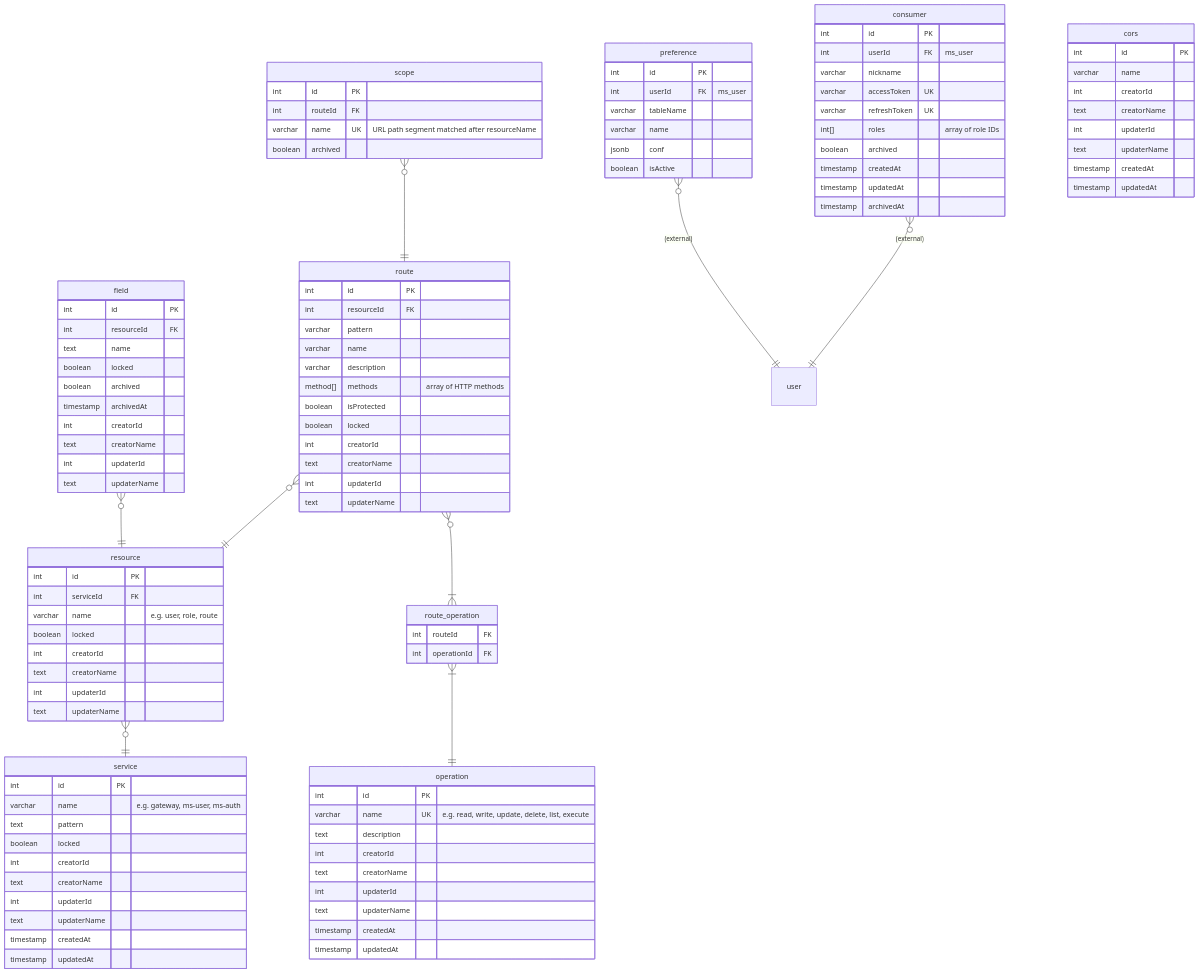
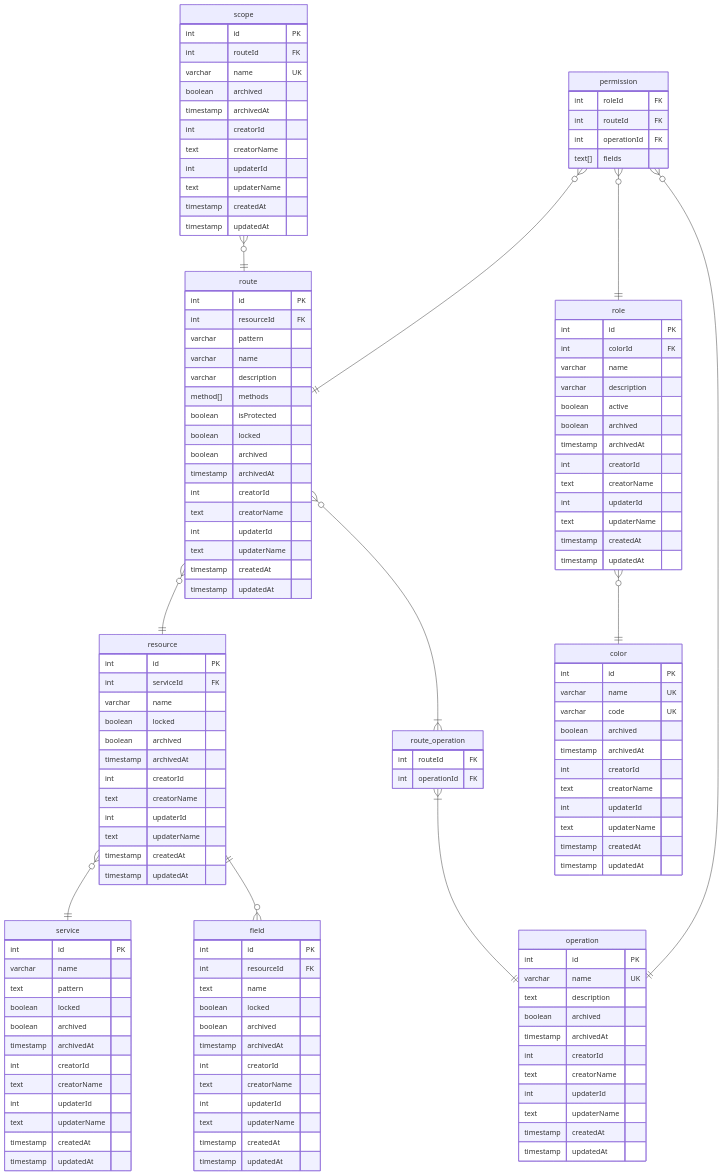
Before and after one commit to ALTEN-group/Gatelin: the first of 2 diagrams in doc/erd.md, drawn with Mermaid. The commit also changed other lines of this file and 72 other files, not shown here.

First line of the commit message:
feat: add initial database seed scripts for colors, roles, permissions, fields, and scopes

````diff
--- a/doc/erd.md
+++ b/doc/erd.md
@@ -3,36 +3,27 @@
 ```mermaid
 ---
-caption: Entity Relationship Diagram 
+caption: Entity Relationship Diagram - Routes & ACL
 ---
 
 erDiagram
-  
+
   route }o--|| resource : ""
   resource }o--|| service : ""
   route }o--|{ route_operation : ""
   route_operation }|--|| operation : ""
-  field }o--|| resource : ""
+  resource ||--o{ field : ""
   scope }o--|| route : ""
-  consumer }o--|| user : "(external)"
-  preference }o--|| user : "(external)"
-  consumer {
+  permission }o--|| route : ""
+  permission }o--|| operation : ""
+  permission }o--|| role : ""
+  role }o--|| color : ""
+
+  color {
     int id PK
-    int userId FK "ms_user"
-    varchar nickname
-    varchar accessToken UK
-    varchar refreshToken UK
-    int[] roles "array of role IDs"
+    varchar name UK
+    varchar code UK
     boolean archived
-    timestamp createdAt
-    timestamp updatedAt
     timestamp archivedAt
-  }
-
-  service {
-    int id PK
-    varchar name "e.g. gateway, ms-user, ms-auth"
-    text pattern
-    boolean locked
     int creatorId
     text creatorName
     int updaterId
@@ -41,9 +32,36 @@
     timestamp updatedAt
   }
 
-  cors {
+  role {
+    int id PK
+    int colorId FK
+    varchar name
+    varchar description
+    boolean active
+    boolean archived
+    timestamp archivedAt
+    int creatorId
+    text creatorName
+    int updaterId
+    text updaterName
+    timestamp createdAt
+    timestamp updatedAt
+  }
+
+  permission {
+    int roleId FK
+    int routeId FK
+    int operationId FK
+    text[] fields
+  }
+
+  service {
     int id PK
     varchar name
+    text pattern
+    boolean locked
+    boolean archived
+    timestamp archivedAt
     int creatorId
     text creatorName
     int updaterId
@@ -55,12 +73,16 @@
   resource {
     int id PK
     int serviceId FK
-    varchar name "e.g. user, role, route"
+    varchar name
     boolean locked
+    boolean archived
+    timestamp archivedAt
     int creatorId
     text creatorName
     int updaterId
     text updaterName
+    timestamp createdAt
+    timestamp updatedAt
   }
 
   route {
@@ -69,13 +91,17 @@
     varchar pattern
     varchar name
     varchar description
-    method[] methods "array of HTTP methods"
+    method[] methods
     boolean isProtected
     boolean locked
+    boolean archived
+    timestamp archivedAt
     int creatorId
     text creatorName
     int updaterId
     text updaterName
+    timestamp createdAt
+    timestamp updatedAt
   }
 
   route_operation {
@@ -85,8 +111,10 @@
 
   operation {
     int id PK
-    varchar name UK "e.g. read, write, update, delete, list, execute"
+    varchar name UK
     text description
+    boolean archived
+    timestamp archivedAt
     int creatorId
     text creatorName
     int updaterId
@@ -106,25 +134,21 @@
     text creatorName
     int updaterId
     text updaterName
-  }
-
-  preference {
-    int id PK
-    int userId FK "ms_user"
-    varchar tableName
-    varchar name
-    jsonb conf
-    boolean isActive
+    timestamp createdAt
+    timestamp updatedAt
   }
 
   scope {
     int id PK
     int routeId FK
-    varchar name UK "URL path segment matched after resourceName"
+    varchar name UK
     boolean archived
-  }
-
-  user {
-    
+    timestamp archivedAt
+    int creatorId
+    text creatorName
+    int updaterId
+    text updaterName
+    timestamp createdAt
+    timestamp updatedAt
   }
 ```
````
